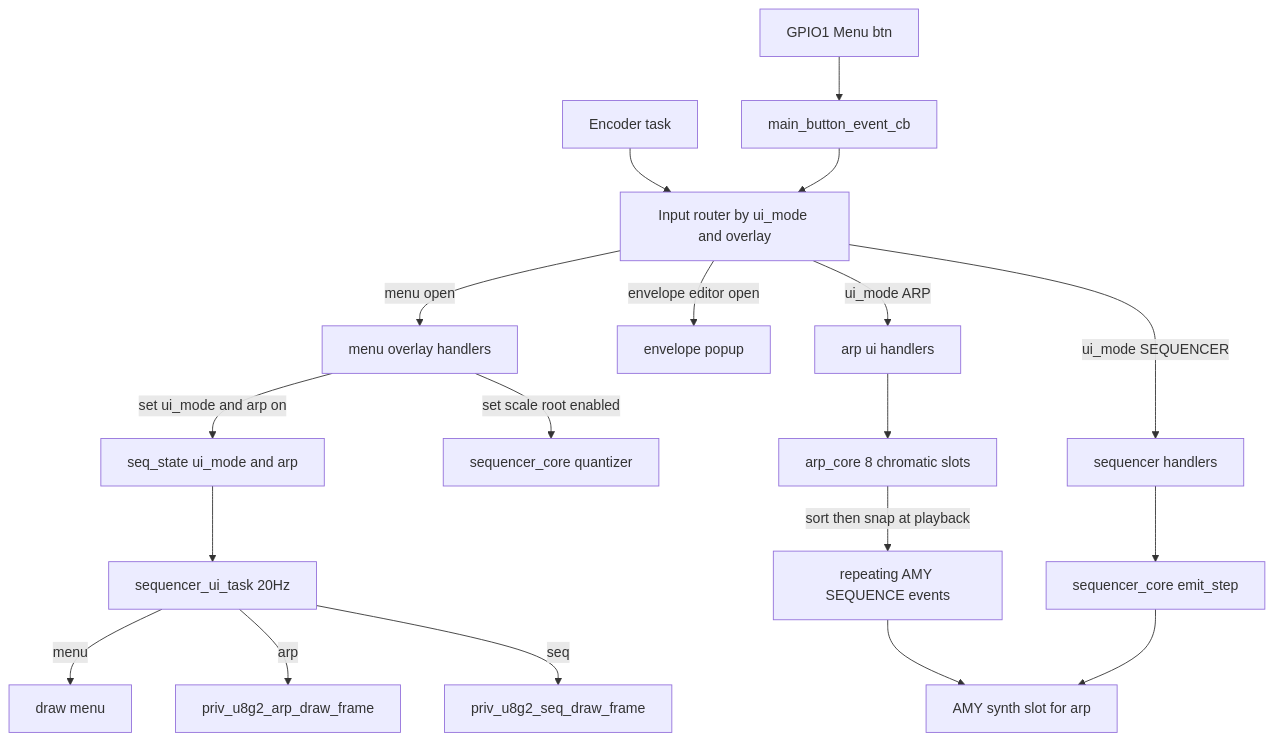
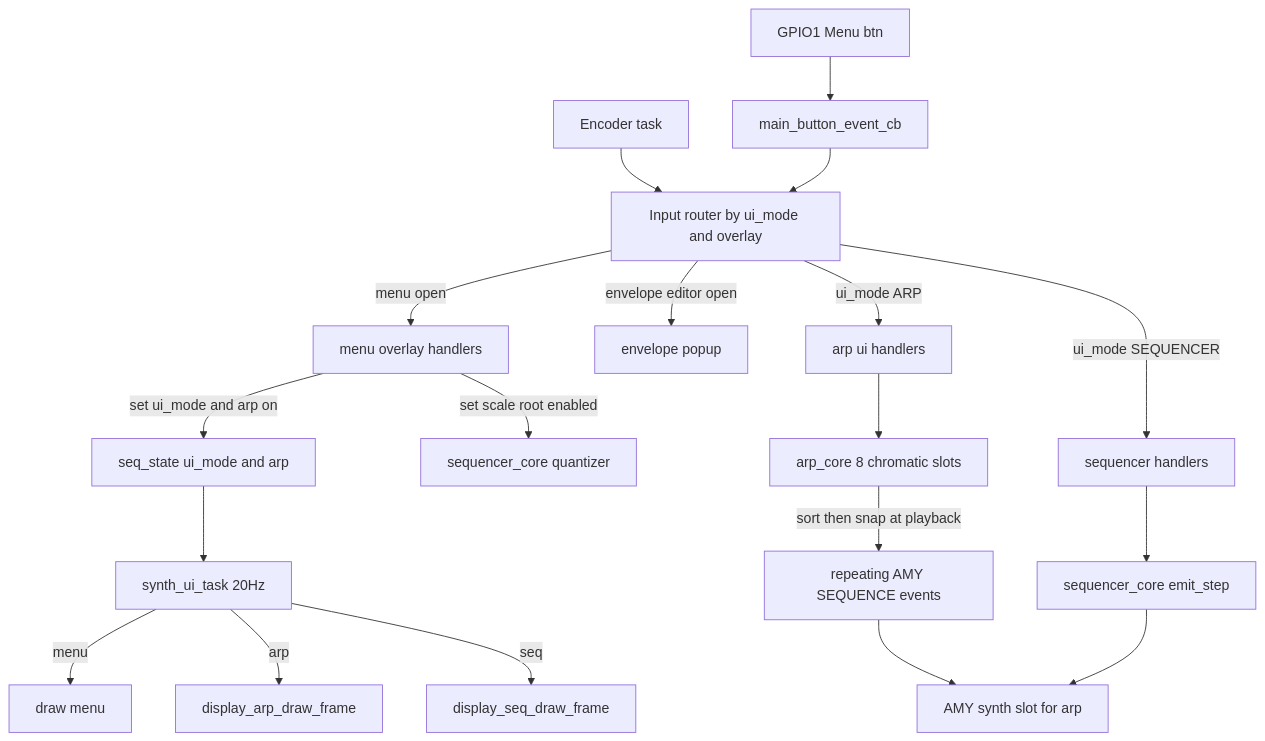
The diagram in components/synth_core/ARP-ARCHITECTURE.md (cxandy/S3-Amysynth), drawn with Mermaid before and after one commit. The commit also changed other lines of this file and 34 other files, not shown here.

````diff
--- a/components/synth_core/ARP-ARCHITECTURE.md
+++ b/components/synth_core/ARP-ARCHITECTURE.md
@@ -18,21 +18,21 @@
 ```mermaid
 flowchart TD
     GPIO1["GPIO1 Menu btn"] --> CB["main_button_event_cb"]
     ENC["Encoder task"] --> RT["Input router by ui_mode and overlay"]
     CB --> RT
     RT -->|menu open| MENU["menu overlay handlers"]
     RT -->|envelope editor open| GRAPH["envelope popup"]
     RT -->|ui_mode ARP| ARPUI["arp ui handlers"]
     RT -->|ui_mode SEQUENCER| SEQUI["sequencer handlers"]
     MENU -->|set scale root enabled| QUANT["sequencer_core quantizer"]
     MENU -->|set ui_mode and arp on| STATE["seq_state ui_mode and arp"]
     ARPUI --> ARP["arp_core 8 chromatic slots"]
     ARP -->|sort then snap at playback| EMIT["repeating AMY SEQUENCE events"]
     EMIT --> AMY["AMY synth slot for arp"]
     SEQUI --> SEQCORE["sequencer_core emit_step"]
     SEQCORE --> AMY
-    STATE --> RENDER["sequencer_ui_task 20Hz"]
+    STATE --> RENDER["synth_ui_task 20Hz"]
     RENDER -->|menu| DRAWM["draw menu"]
-    RENDER -->|arp| DRAWA["priv_u8g2_arp_draw_frame"]
-    RENDER -->|seq| DRAWS["priv_u8g2_seq_draw_frame"]
+    RENDER -->|arp| DRAWA["display_arp_draw_frame"]
+    RENDER -->|seq| DRAWS["display_seq_draw_frame"]
 ```
````
